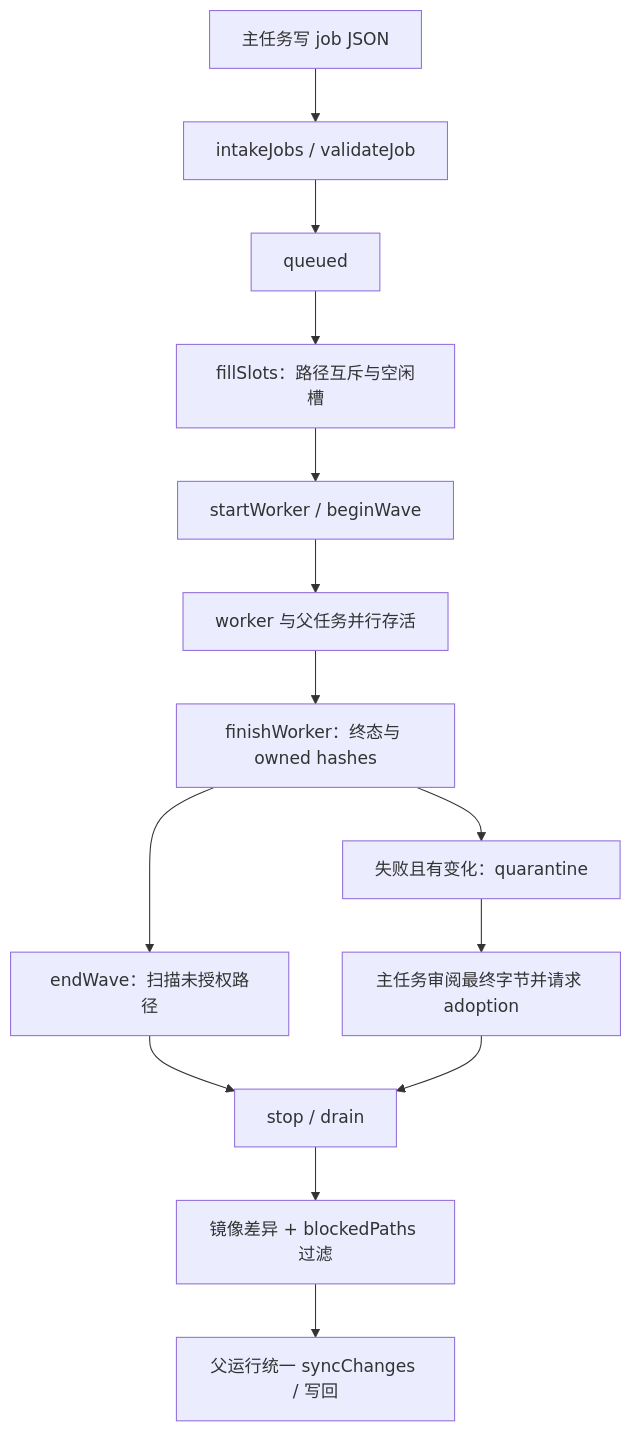
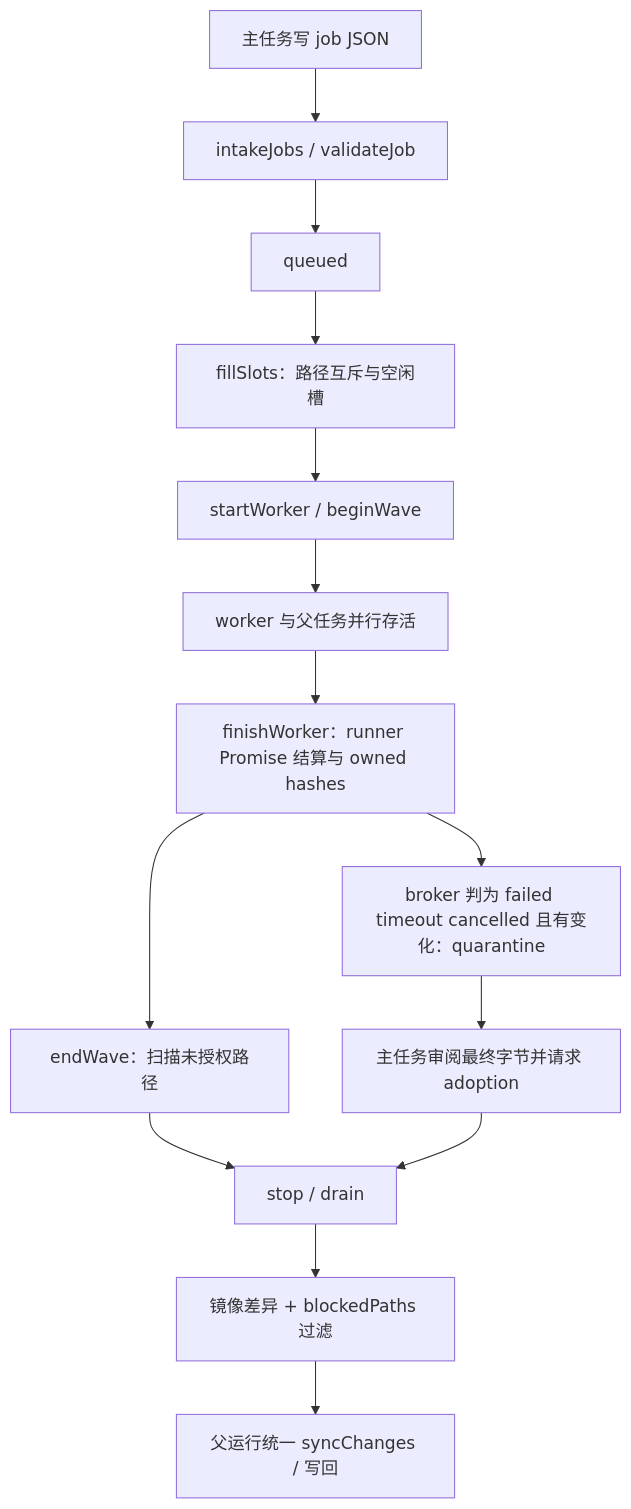
The diagram in docs/architecture/parallel-subagents.md (Ghqqqq/codex-overleaf-link), drawn with Mermaid before and after one commit. The commit also changed other lines of this file and 16 other files, not shown here.

Commit message:
docs: verify architecture chapters against production call paths

````diff
--- a/docs/architecture/parallel-subagents.md
+++ b/docs/architecture/parallel-subagents.md
@@ -90,16 +98,16 @@
 ```mermaid
 flowchart TD
     A[主任务写 job JSON] --> B[intakeJobs / validateJob]
     B --> C[queued]
     C --> D[fillSlots：路径互斥与空闲槽]
     D --> E[startWorker / beginWave]
     E --> F[worker 与父任务并行存活]
-    F --> G[finishWorker：终态与 owned hashes]
+    F --> G[finishWorker：runner Promise 结算与 owned hashes]
     G --> H[endWave：扫描未授权路径]
-    G --> I[失败且有变化：quarantine]
+    G --> I[broker 判为 failed timeout cancelled 且有变化：quarantine]
     I --> J[主任务审阅最终字节并请求 adoption]
     H --> K[stop / drain]
     J --> K
     K --> L[镜像差异 + blockedPaths 过滤]
     L --> M[父运行统一 syncChanges / 写回]
 ```
````
